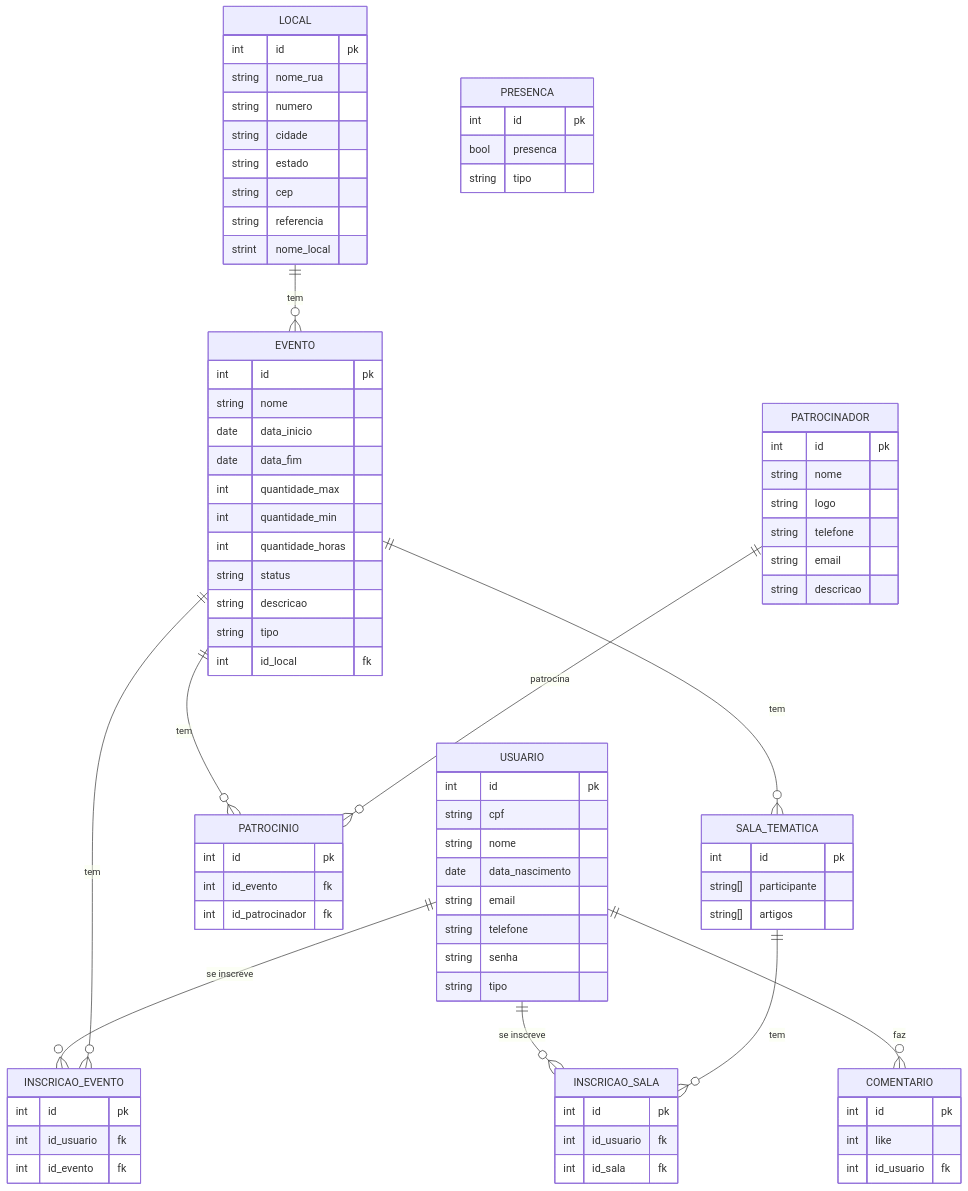
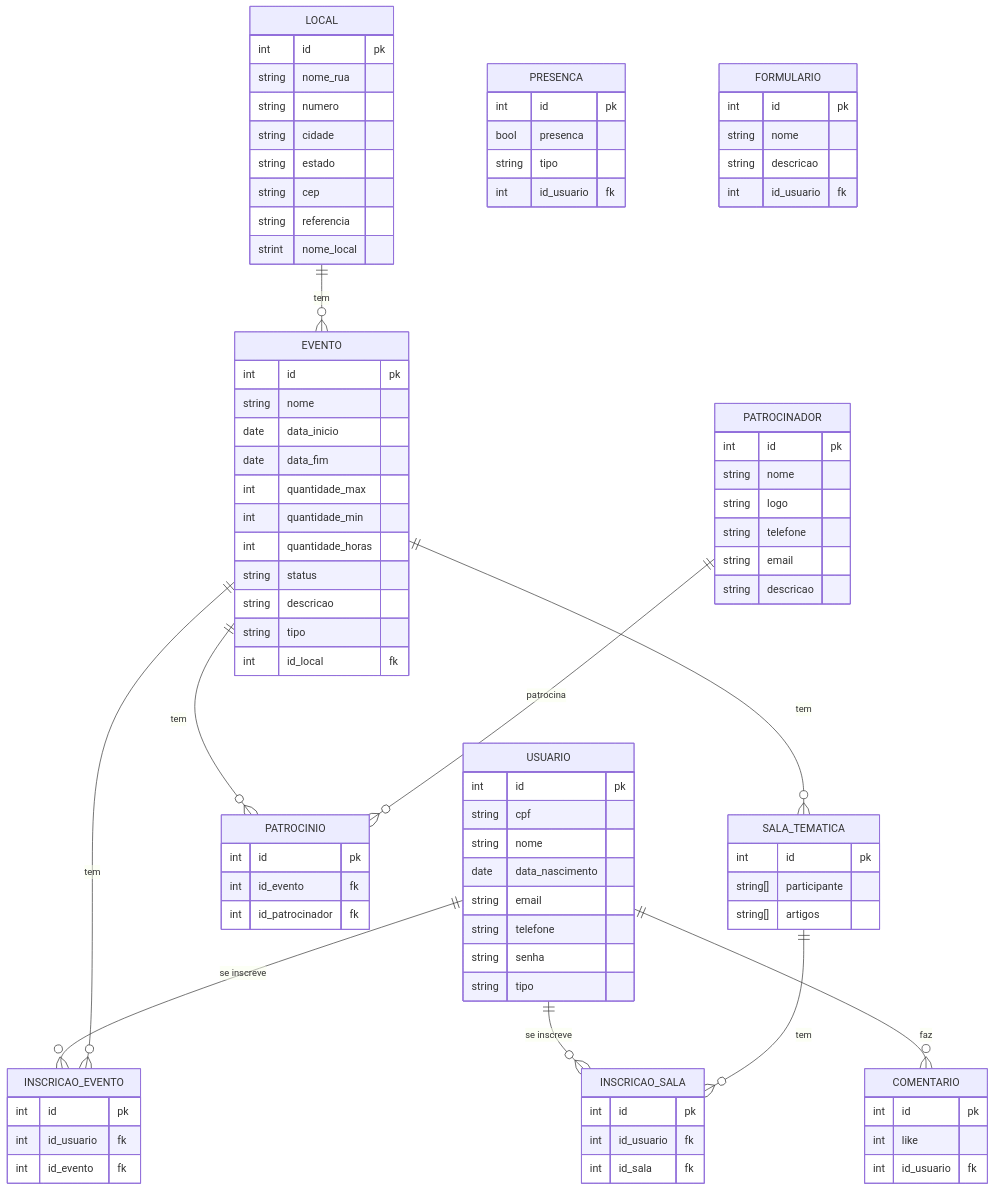
The diagram in docs/doc-visao.md (tallysdev/eventSync), drawn with Mermaid before and after one commit.

Commit message:
docs: add "FORMULARIO" no modelo ER #32

```diff
--- a/docs/doc-visao.md
+++ b/docs/doc-visao.md
@@ -193,6 +193,14 @@
         int id pk
         bool presenca
         string tipo
+        int id_usuario fk
+    }
+
+    FORMULARIO {
+        int id pk
+        string nome
+        string descricao
+        int id_usuario fk
     }
 
     USUARIO ||--o{ INSCRICAO_EVENTO : "se inscreve"
```
